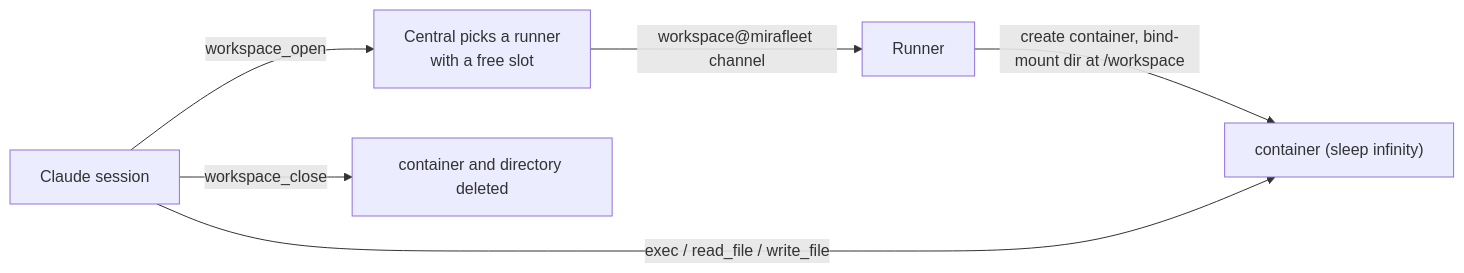
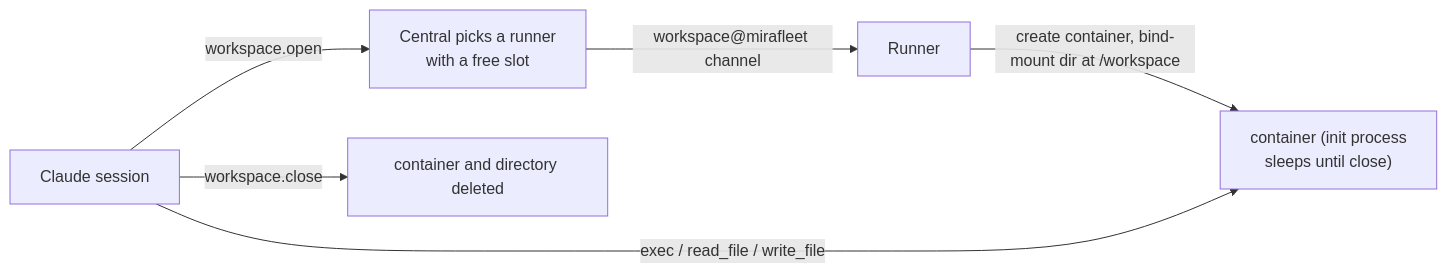
The fifth of 5 diagrams in docs/guide/02-background.md (mirastacklabs-ai/mirafleet), drawn with Mermaid before and after one commit. The commit also changed other lines of this file and 87 other files, not shown here.

````diff
--- a/docs/guide/02-background.md
+++ b/docs/guide/02-background.md
@@ -439,8 +513,8 @@
 ```mermaid
 flowchart LR
-    A["Claude session"] -->|"workspace_open"| C["Central picks a runner<br/>with a free slot"]
+    A["Claude session"] -->|"workspace.open"| C["Central picks a runner<br/>with a free slot"]
     C -->|"workspace@mirafleet channel"| R["Runner"]
-    R -->|"create container, bind-mount dir at /workspace"| W["container (sleep infinity)"]
+    R -->|"create container, bind-mount dir at /workspace"| W["container (init process<br/>sleeps until close)"]
     A -->|"exec / read_file / write_file"| W
-    A -->|"workspace_close"| X["container and directory deleted"]
+    A -->|"workspace.close"| X["container and directory deleted"]
 ```
````
